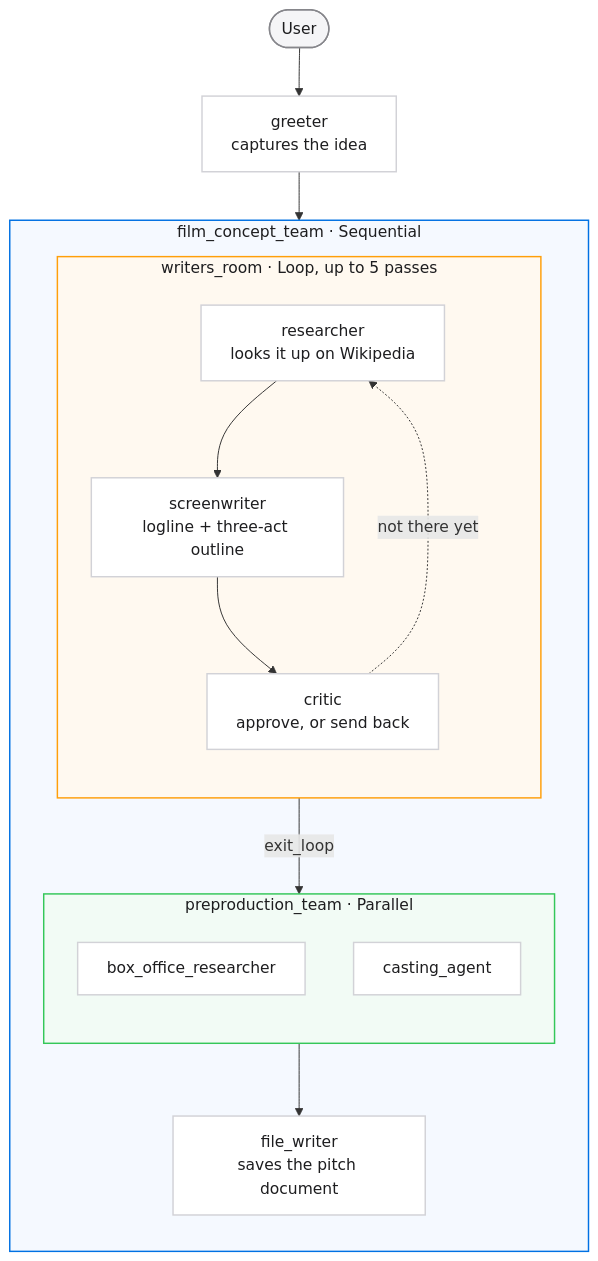
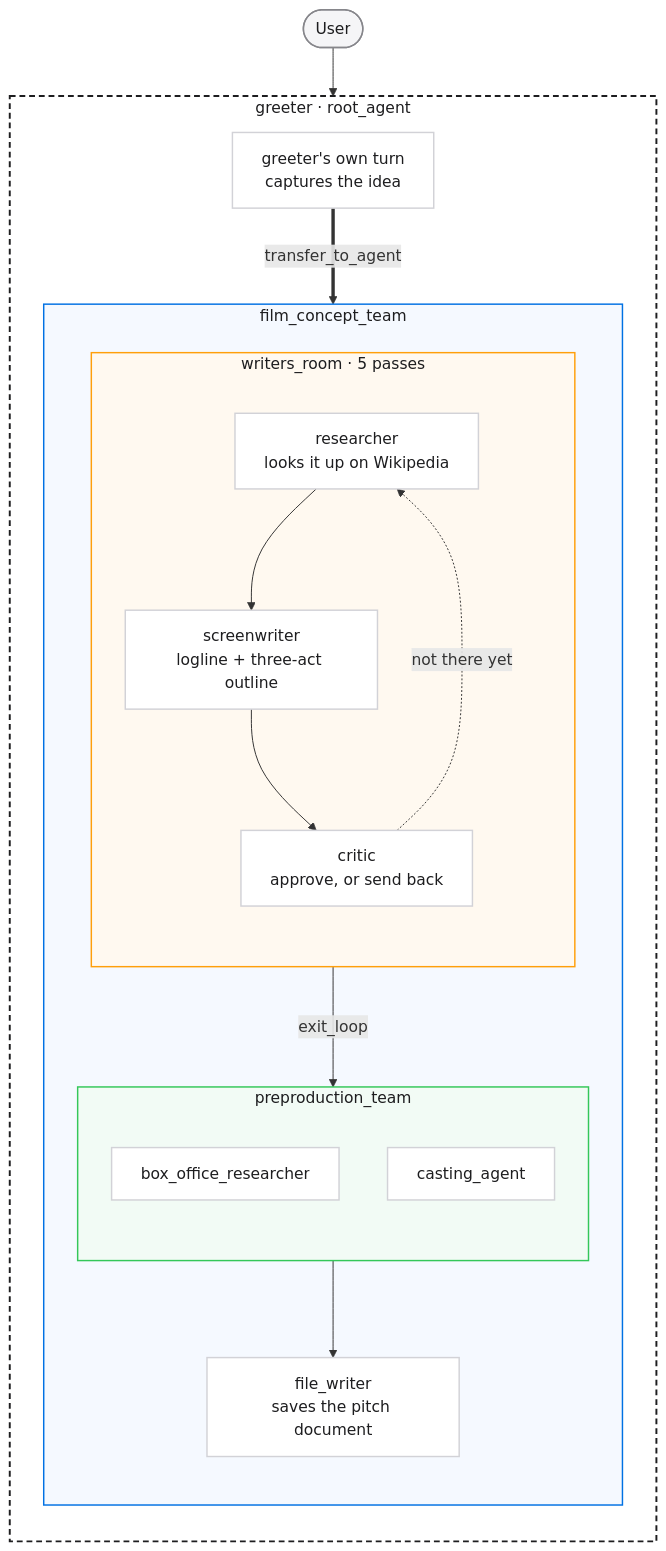
The first of 2 diagrams in agents/workflow_agents/README.md (danielvogler/example_agents), drawn with Mermaid before and after one commit. The commit also changed other lines of this file, not shown here.

Commit message:
docs: draw root_agent as the enclosing box, drop the mermaid init directive
Two fixes to the workflow_agents diagram.

The root agent was drawn as a peer feeding into the pipeline, which misrepresents
the tree. ADK reports greeter.parent_agent as None and film_concept_team.parent_agent
as greeter, so every agent really is a descendant of the root. It is now the outer
box. The border is dashed on purpose: Sequential, Loop and Parallel orchestrate
their children deterministically, whereas an LlmAgent parent hands off through
transfer_to_agent when the model decides, and control does not come back.

The %%{init}%% directive is gone. It set a fontFamily that mermaid measured with
one font and rendered with another, so under the default securityLevel of strict
every label was clipped mid-word -- "box_office_resear", "exit_lo". Rendering
without it is correct, and it also removes a dependency on directive support.

Verified by rendering against mermaid 11.12.2, the exact build shipped by the
bierner.markdown-mermaid VS Code extension.

````diff
--- a/agents/workflow_agents/README.md
+++ b/agents/workflow_agents/README.md
@@ -13,41 +13,46 @@
 ```mermaid
-%%{init: {'theme':'base','themeVariables':{'fontFamily':'-apple-system, BlinkMacSystemFont, "Segoe UI", Helvetica, Arial, sans-serif','fontSize':'14px','lineColor':'#86868b','edgeLabelBackground':'#ffffff','primaryTextColor':'#1d1d1f'}}}%%
 flowchart TD
-    user(["User"]) --> greeter
+    user(["User"]) --> intake
 
-    greeter["greeter<br/>captures the idea"]
-
-    subgraph team["film_concept_team · Sequential"]
+    subgraph greeter["greeter · root_agent"]
         direction TB
 
-        subgraph room["writers_room · Loop, up to 5 passes"]
+        intake["greeter's own turn<br/>captures the idea"]
+
+        subgraph team["film_concept_team"]
             direction TB
-            researcher["researcher<br/>looks it up on Wikipedia"]
-            screenwriter["screenwriter<br/>logline + three-act outline"]
-            critic["critic<br/>approve, or send back"]
-            researcher --> screenwriter --> critic
+
+            subgraph room["writers_room · 5 passes"]
+                direction TB
+                researcher["researcher<br/>looks it up on Wikipedia"]
+                screenwriter["screenwriter<br/>logline + three-act outline"]
+                critic["critic<br/>approve, or send back"]
+                researcher --> screenwriter --> critic
+            end
+
+            subgraph pre["preproduction_team"]
+                direction TB
+                box["box_office_researcher"]
+                cast["casting_agent"]
+            end
+
+            writer["file_writer<br/>saves the pitch document"]
         end
 
-        subgraph pre["preproduction_team · Parallel"]
-            direction TB
-            box["box_office_researcher"]
-            cast["casting_agent"]
-        end
-
-        writer["file_writer<br/>saves the pitch document"]
+        intake ==>|"transfer_to_agent"| team
     end
 
-    greeter --> room
     critic -.->|"not there yet"| researcher
     room -->|"exit_loop"| pre
     pre --> writer
 
     classDef leaf fill:#ffffff,stroke:#d2d2d7,stroke-width:1.5px,color:#1d1d1f
     classDef entry fill:#f5f5f7,stroke:#86868b,stroke-width:1.5px,color:#1d1d1f
-    class greeter,researcher,screenwriter,critic,box,cast,writer leaf
+    class intake,researcher,screenwriter,critic,box,cast,writer leaf
     class user entry
 
+    style greeter fill:#ffffff,stroke:#1d1d1f,stroke-width:2px,color:#1d1d1f,stroke-dasharray: 6 4
     style team fill:#f5f9ff,stroke:#0071e3,stroke-width:1.5px,color:#1d1d1f
     style room fill:#fff9f0,stroke:#ff9f0a,stroke-width:1.5px,color:#1d1d1f
     style pre fill:#f2fbf5,stroke:#34c759,stroke-width:1.5px,color:#1d1d1f
 ```
````
